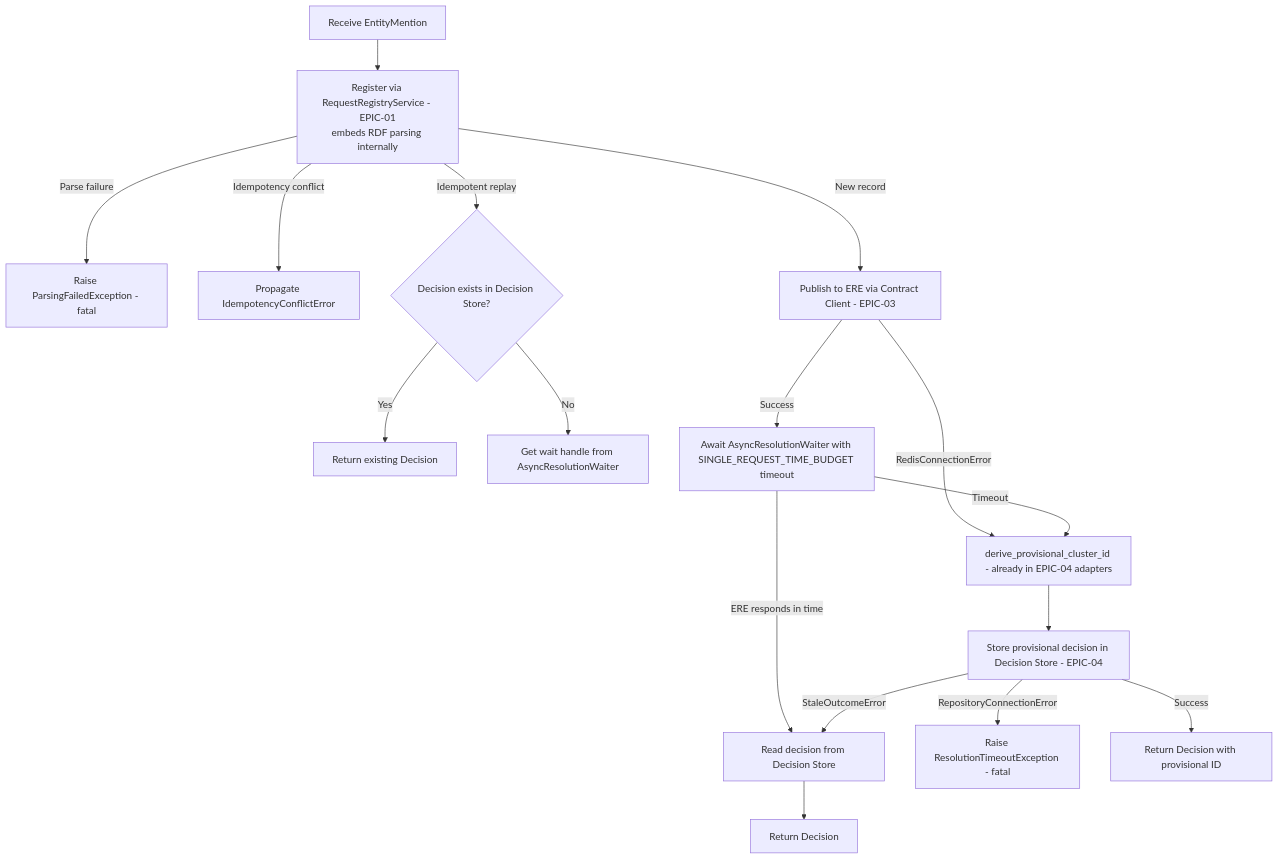
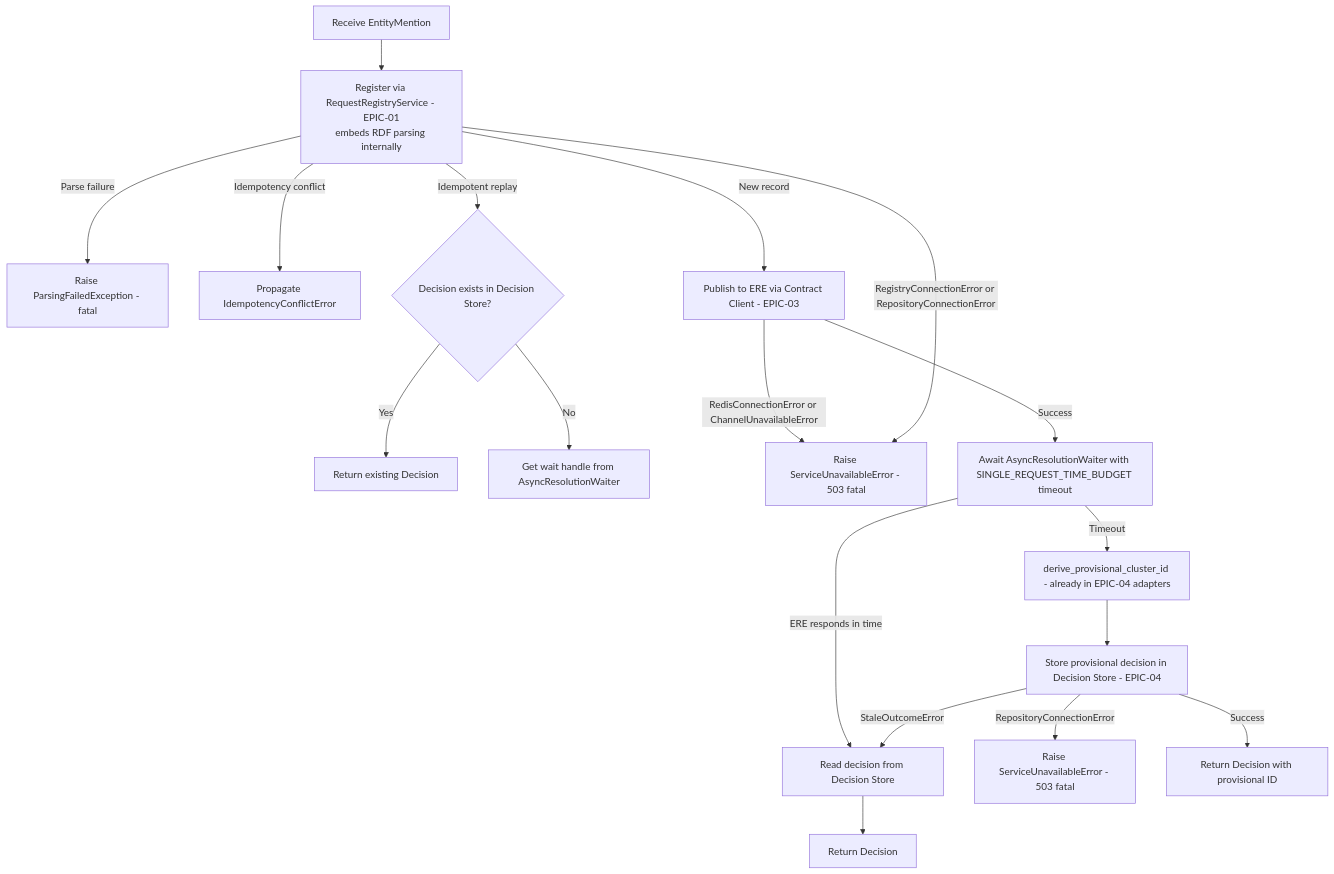
The diagram in .claude/memory/epics/ers-epic-06-resolution-coordinator/EPIC.md (OP-TED/entity-resolution-service), drawn with Mermaid before and after one commit. The commit also changed other lines of this file, not shown here.

First line of the commit message:
docs(epic-06): record decision (a) — infra outages raise ServiceUnavailableError, no provisional fallback

````diff
--- a/.claude/memory/epics/ers-epic-06-resolution-coordinator/EPIC.md
+++ b/.claude/memory/epics/ers-epic-06-resolution-coordinator/EPIC.md
@@ -134,19 +141,20 @@
 ```mermaid
 flowchart TD
     A[Receive EntityMention] --> B[Register via RequestRegistryService - EPIC-01\nembeds RDF parsing internally]
     B -- Parse failure --> Z1[Raise ParsingFailedException - fatal]
     B -- Idempotency conflict --> Z2[Propagate IdempotencyConflictError]
     B -- Idempotent replay --> D{Decision exists in Decision Store?}
     D -- Yes --> E[Return existing Decision]
     D -- No --> F[Get wait handle from AsyncResolutionWaiter]
     B -- New record --> G[Publish to ERE via Contract Client - EPIC-03]
-    G -- RedisConnectionError --> H[derive_provisional_cluster_id - already in EPIC-04 adapters]
+    G -- RedisConnectionError or ChannelUnavailableError --> Z4[Raise ServiceUnavailableError - 503 fatal]
     G -- Success --> I[Await AsyncResolutionWaiter with SINGLE_REQUEST_TIME_BUDGET timeout]
     I -- ERE responds in time --> J[Read decision from Decision Store]
     J --> K[Return Decision]
-    I -- Timeout --> H
+    I -- Timeout --> H[derive_provisional_cluster_id - already in EPIC-04 adapters]
     H --> L[Store provisional decision in Decision Store - EPIC-04]
-    L -- RepositoryConnectionError --> Z3[Raise ResolutionTimeoutException - fatal]
+    L -- RepositoryConnectionError --> Z3[Raise ServiceUnavailableError - 503 fatal]
     L -- StaleOutcomeError --> J
     L -- Success --> M[Return Decision with provisional ID]
+    B -- RegistryConnectionError or RepositoryConnectionError --> Z4
 ```
````
